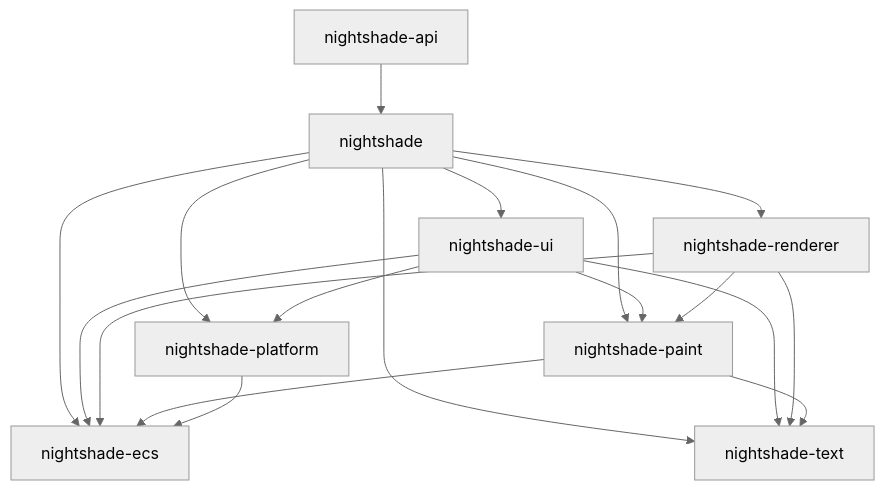
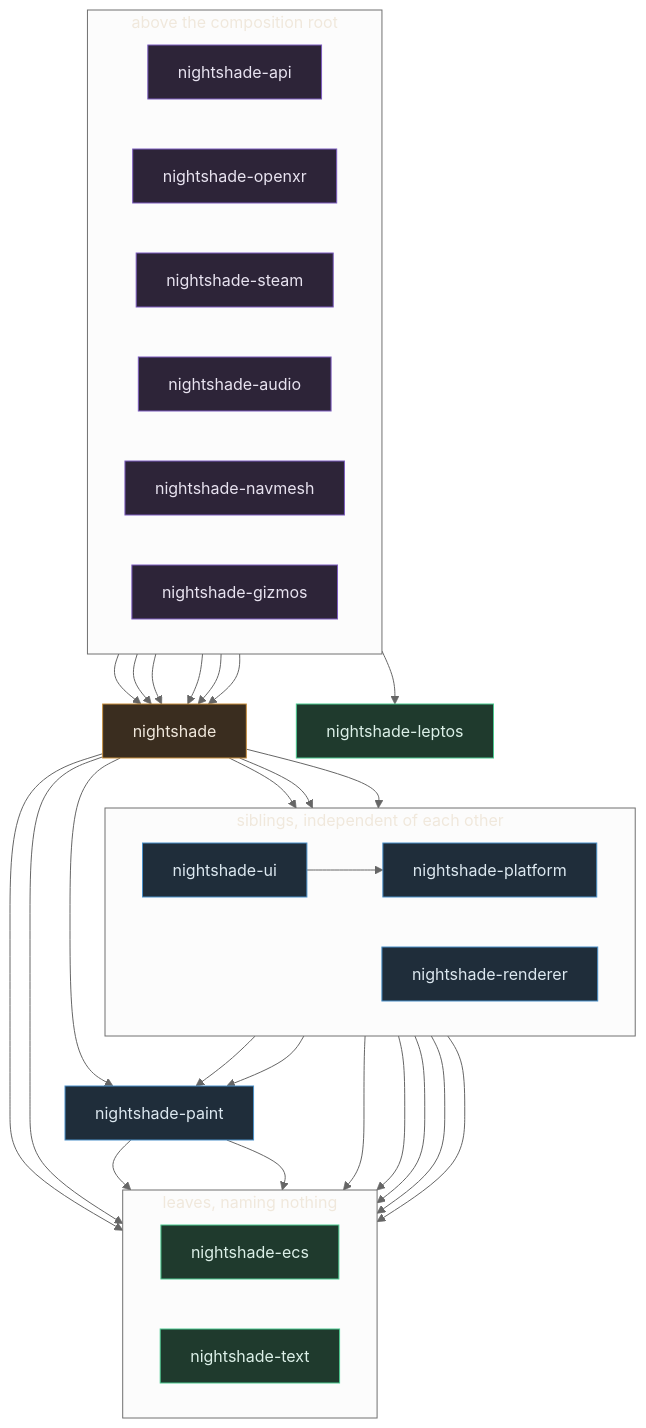
Before and after one commit to matthewjberger/nightshade: the diagram in README.md, drawn with Mermaid (neutral theme). The commit also changed other lines of this file, not shown here.

Commit message:
docs: redraw the crate graph and add the crates that joined it
The diagram was every edge of a fourteen-node graph in one flat top-down
layout, so the long edges crossed the whole picture, and it still showed the
eight crates from before the extractions.

It now groups the nodes into the tiers the prose describes, which keeps the
edges short, and carries the five capability crates plus nightshade-leptos.
Every direct edge of the core stack is still drawn; the capability crates'
edges to the leaves are noted in the prose instead. The ui to renderer edge is
gone because it is a dev-dependency, not a real one.

````diff
--- a/README.md
+++ b/README.md
@@ -252,20 +252,69 @@
 ```mermaid
-graph TD
-    api[nightshade-api] --> engine[nightshade]
-    engine --> ui[nightshade-ui]
-    engine --> renderer[nightshade-renderer]
-    engine --> platform[nightshade-platform]
-    engine --> paint[nightshade-paint]
-    engine --> text[nightshade-text]
-    engine --> ecs[nightshade-ecs]
+flowchart TD
+    classDef above fill:#2d2438,stroke:#7c5cbf,color:#e8e3f0
+    classDef root fill:#3a2d1f,stroke:#c9903f,color:#f0e8dc
+    classDef mid fill:#1f2d3a,stroke:#4a90c9,color:#dce8f0
+    classDef leaf fill:#1f3a2d,stroke:#4ac98f,color:#dcf0e8
+
+    subgraph plugins ["above the composition root"]
+        direction LR
+        api[nightshade-api]
+        openxr[nightshade-openxr]
+        steam[nightshade-steam]
+        audio[nightshade-audio]
+        navmesh[nightshade-navmesh]
+        gizmos[nightshade-gizmos]
+    end
+
+    engine[nightshade]
+
+    subgraph siblings ["siblings, independent of each other"]
+        direction LR
+        ui[nightshade-ui]
+        renderer[nightshade-renderer]
+        platform[nightshade-platform]
+    end
+
+    paint[nightshade-paint]
+
+    subgraph leaves ["leaves, naming nothing"]
+        direction LR
+        ecs[nightshade-ecs]
+        text[nightshade-text]
+    end
+
+    leptos[nightshade-leptos]
+
+    api --> engine
+    api --> leptos
+    openxr --> engine
+    steam --> engine
+    audio --> engine
+    navmesh --> engine
+    gizmos --> engine
+
+    engine --> ui
+    engine --> renderer
+    engine --> platform
+    engine --> paint
+
+    engine --> text
+    engine --> ecs
+
     ui --> platform
     ui --> paint
     ui --> text
     ui --> ecs
     renderer --> paint
     renderer --> text
     renderer --> ecs
+    platform --> ecs
+
     paint --> text
     paint --> ecs
-    platform --> ecs
+
+    class api,openxr,steam,audio,navmesh,gizmos above
+    class engine root
+    class ui,renderer,platform,paint mid
+    class ecs,text,leptos leaf
 ```
````
